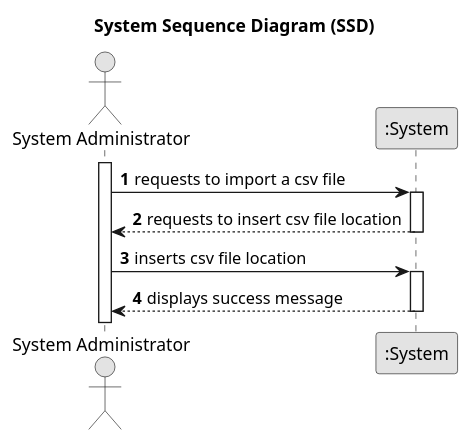
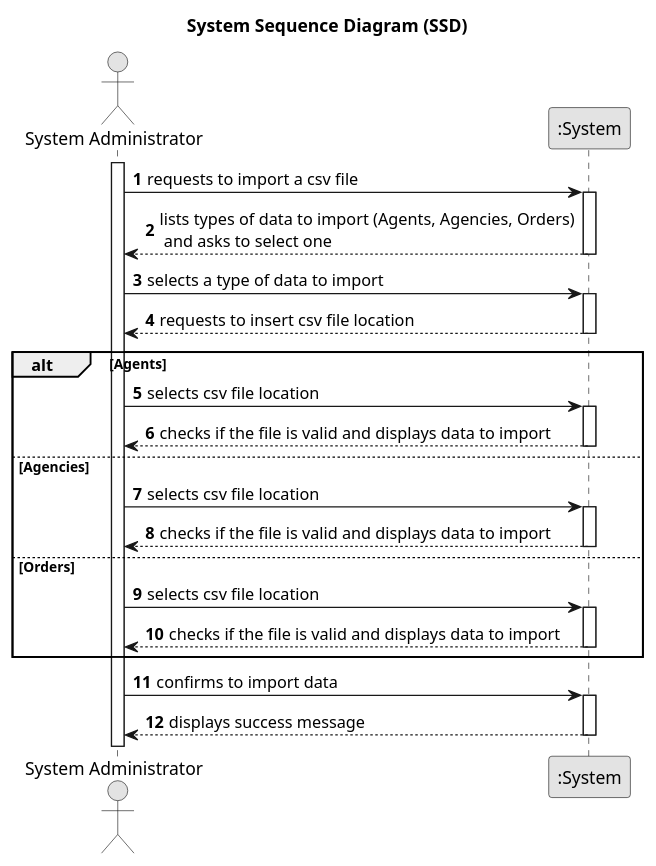
The diagram in docs/sprintC/us012/01.requirements-engineering/puml/us012-system-sequence-diagram.puml (Goncalves2525/real-estate-management-system), drawn with PlantUML before and after one commit. The commit also changed 9 other files, not shown here.

```diff
--- a/docs/sprintC/us012/01.requirements-engineering/puml/us012-system-sequence-diagram.puml
+++ b/docs/sprintC/us012/01.requirements-engineering/puml/us012-system-sequence-diagram.puml
@@ -1,28 +1,51 @@
 @startuml
 skinparam monochrome true
 skinparam packageStyle rectangle
 skinparam shadowing false
 
 title System Sequence Diagram (SSD)
 
 autonumber
 
 actor "System Administrator" as Admin
 participant ":System" as System
 
 activate Admin
 
     Admin -> System : requests to import a csv file
     activate System
 
+    System --> Admin : lists types of data to import (Agents, Agencies, Orders)\n and asks to select one
+    deactivate System
+
+    Admin -> System : selects a type of data to import
+    activate System
+
     System --> Admin : requests to insert csv file location
     deactivate System
 
-    Admin -> System : inserts csv file location
+    alt  Agents
+        Admin -> System: selects csv file location
+        activate System
+        System --> Admin: checks if the file is valid and displays data to import
+        deactivate System
+    else  Agencies
+        Admin -> System: selects csv file location
+        activate System
+        System --> Admin: checks if the file is valid and displays data to import
+        deactivate System
+    else  Orders
+        Admin -> System: selects csv file location
+        activate System
+        System --> Admin: checks if the file is valid and displays data to import
+        deactivate System
+    end
+
+    Admin -> System : confirms to import data
     activate System
 
     System --> Admin : displays success message
     deactivate System
 
 
 @enduml
```
